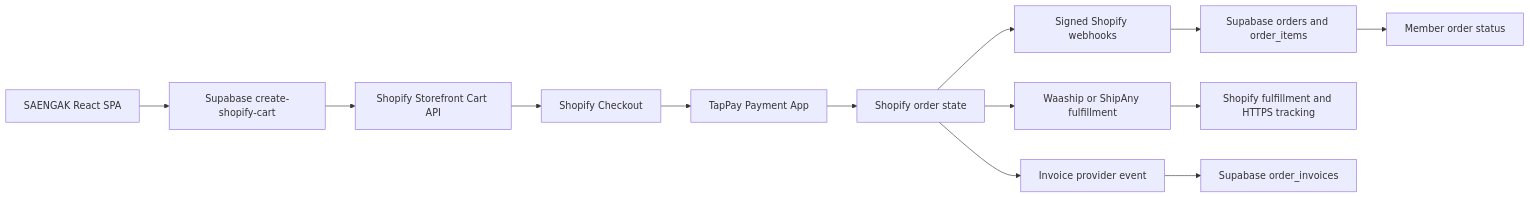
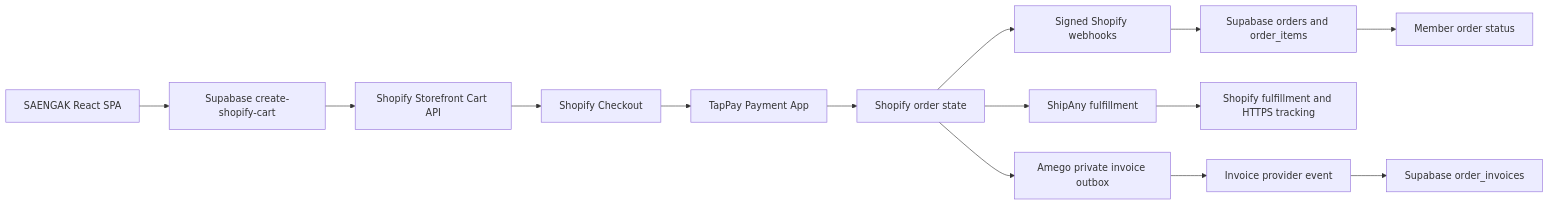
The diagram in docs/DEVELOPMENT_LAUNCH_HANDOFF.md (charlie6989/saengak_web), drawn with Mermaid before and after one commit. The commit also changed other lines of this file and 33 other files, not shown here.

Commit message:
feat: integrate ShipAny fulfillment and Amego invoices

````diff
--- a/docs/DEVELOPMENT_LAUNCH_HANDOFF.md
+++ b/docs/DEVELOPMENT_LAUNCH_HANDOFF.md
@@ -71,15 +70,16 @@
 ```mermaid
 flowchart LR
     A["SAENGAK React SPA"] --> B["Supabase create-shopify-cart"]
     B --> C["Shopify Storefront Cart API"]
     C --> D["Shopify Checkout"]
     D --> E["TapPay Payment App"]
     E --> F["Shopify order state"]
     F --> G["Signed Shopify webhooks"]
     G --> H["Supabase orders and order_items"]
     H --> I["Member order status"]
-    F --> J["Waaship or ShipAny fulfillment"]
-    J --> K["Shopify fulfillment and HTTPS tracking"]
-    F --> L["Invoice provider event"]
-    L --> M["Supabase order_invoices"]
+    F --> J["ShipAny fulfillment"]
+    F --> K["Amego private invoice outbox"]
+    J --> L["Shopify fulfillment and HTTPS tracking"]
+    K --> N["Invoice provider event"]
+    N --> M["Supabase order_invoices"]
 ```
````
